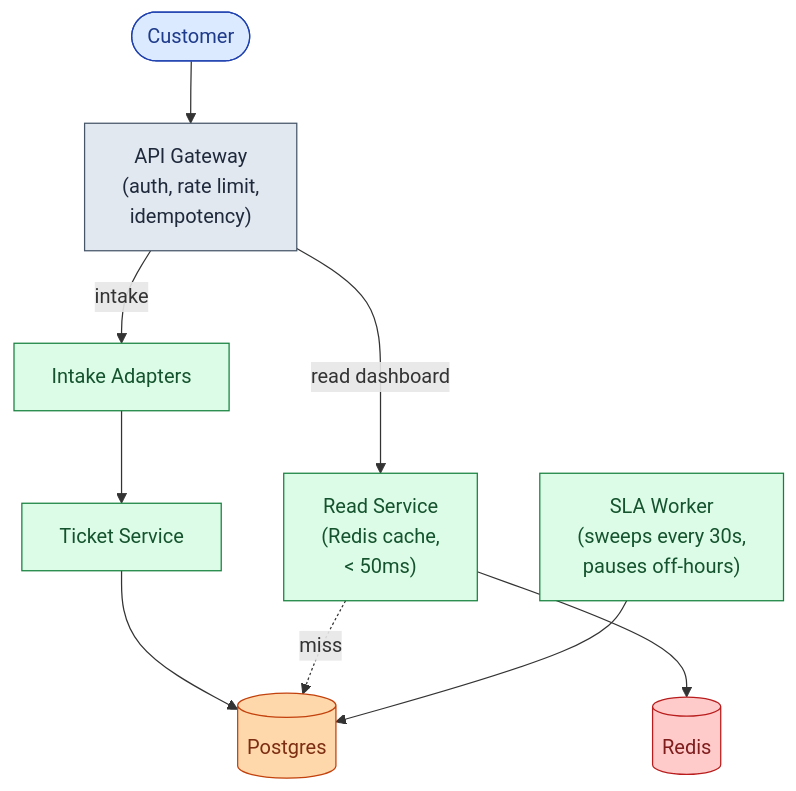
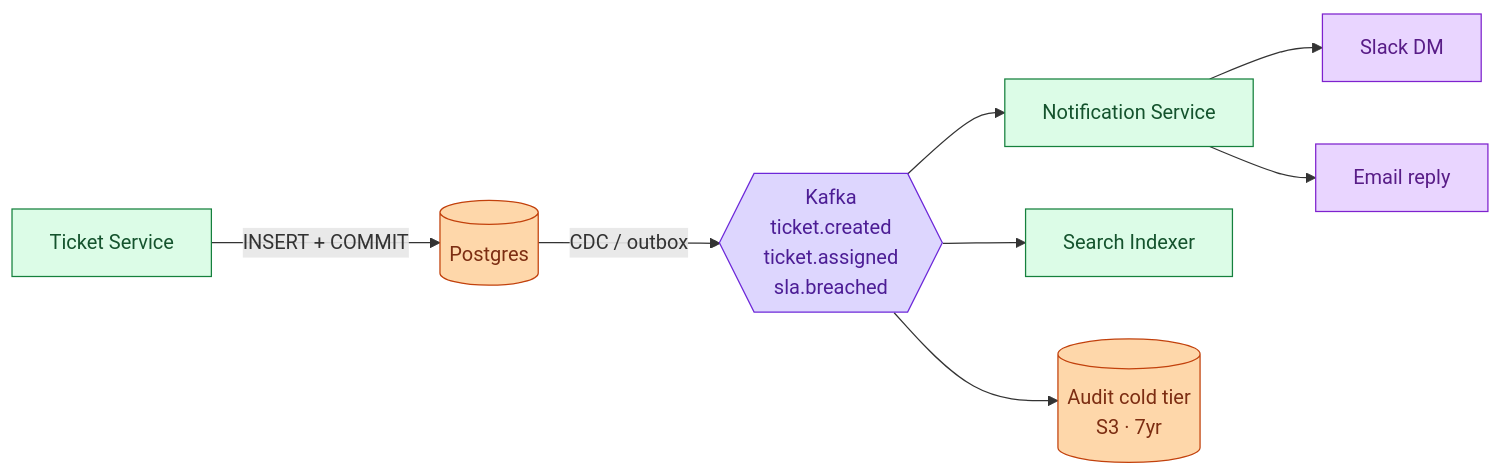
One commit to shiningflash/shiningflash.github.io changed the sixth of 16 diagrams in _practice/system-design/019-helpdesk-ticketing.md. Above: the diagram before and after it, drawn with Mermaid. The commit also changed other lines of this file and 18 other files, not shown here.

````diff
--- a/_practice/system-design/019-helpdesk-ticketing.md
+++ b/_practice/system-design/019-helpdesk-ticketing.md
@@ -290,17 +366,15 @@
 ```mermaid
-flowchart TB
-    C([Customer]):::user --> GW["API Gateway<br/>(auth, rate limit,<br/>idempotency)"]:::edge
-    GW -->|intake| IA["Intake Adapters"]:::app
-    GW -->|read dashboard| R["Read Service<br/>(Redis cache,<br/>< 50ms)"]:::app
-    IA --> E["Ticket Service"]:::app
-    E --> DB[("Postgres")]:::db
-    R --> Cache[("Redis")]:::cache
-    R -.miss.-> DB
-    SW["SLA Worker<br/>(sweeps every 30s,<br/>pauses off-hours)"]:::app --> DB
+flowchart LR
+    E["Ticket Service"]:::app -->|INSERT + COMMIT| DB[("Postgres")]:::db
+    DB -->|CDC / outbox| K{{"Kafka<br/>ticket.created<br/>ticket.assigned<br/>sla.breached"}}:::queue
+    K --> N["Notification Service"]:::app
+    K --> IX["Search Indexer"]:::app
+    K --> Cold[("Audit cold tier<br/>S3 · 7yr")]:::db
+    N --> Slack["Slack DM"]:::ext
+    N --> Email["Email reply"]:::ext
 
-    classDef user fill:#dbeafe,stroke:#1e40af,color:#1e3a8a
-    classDef edge fill:#e2e8f0,stroke:#475569,color:#1e293b
     classDef app fill:#dcfce7,stroke:#15803d,color:#14532d
     classDef db fill:#fed7aa,stroke:#c2410c,color:#7c2d12
-    classDef cache fill:#fecaca,stroke:#b91c1c,color:#7f1d1d
+    classDef queue fill:#ddd6fe,stroke:#6d28d9,color:#4c1d95
+    classDef ext fill:#e9d5ff,stroke:#7e22ce,color:#581c87
 ```
````
